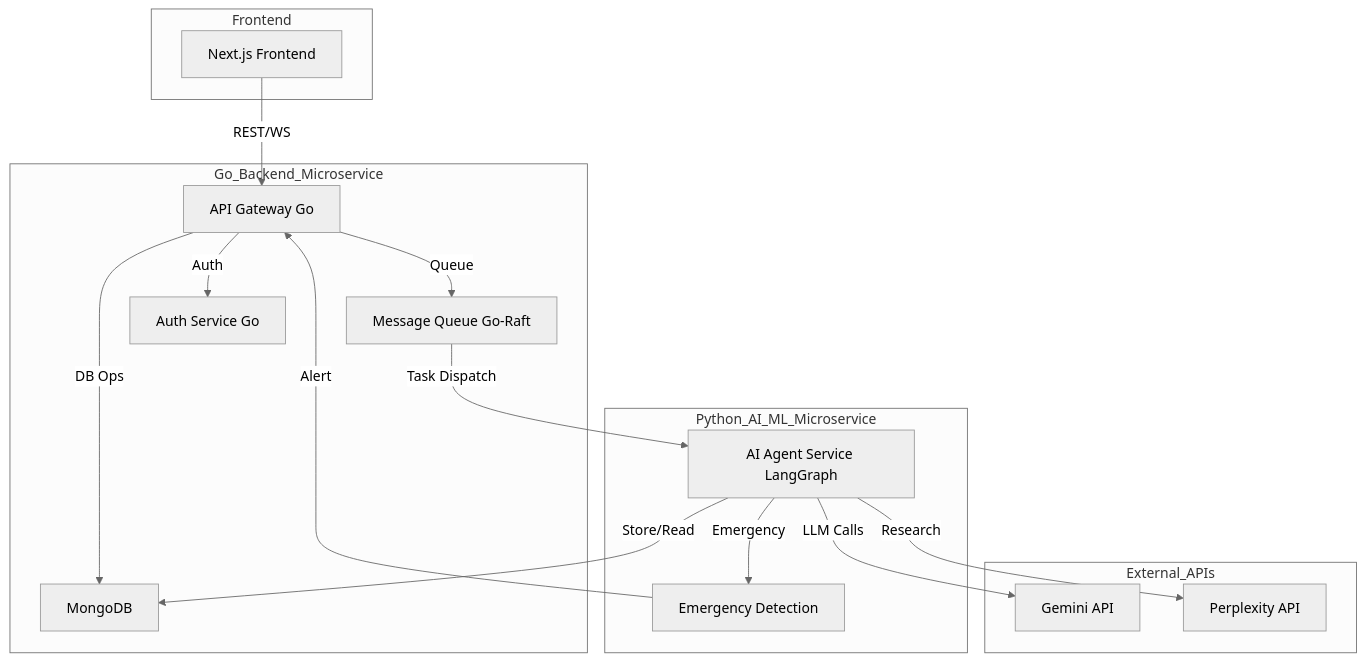
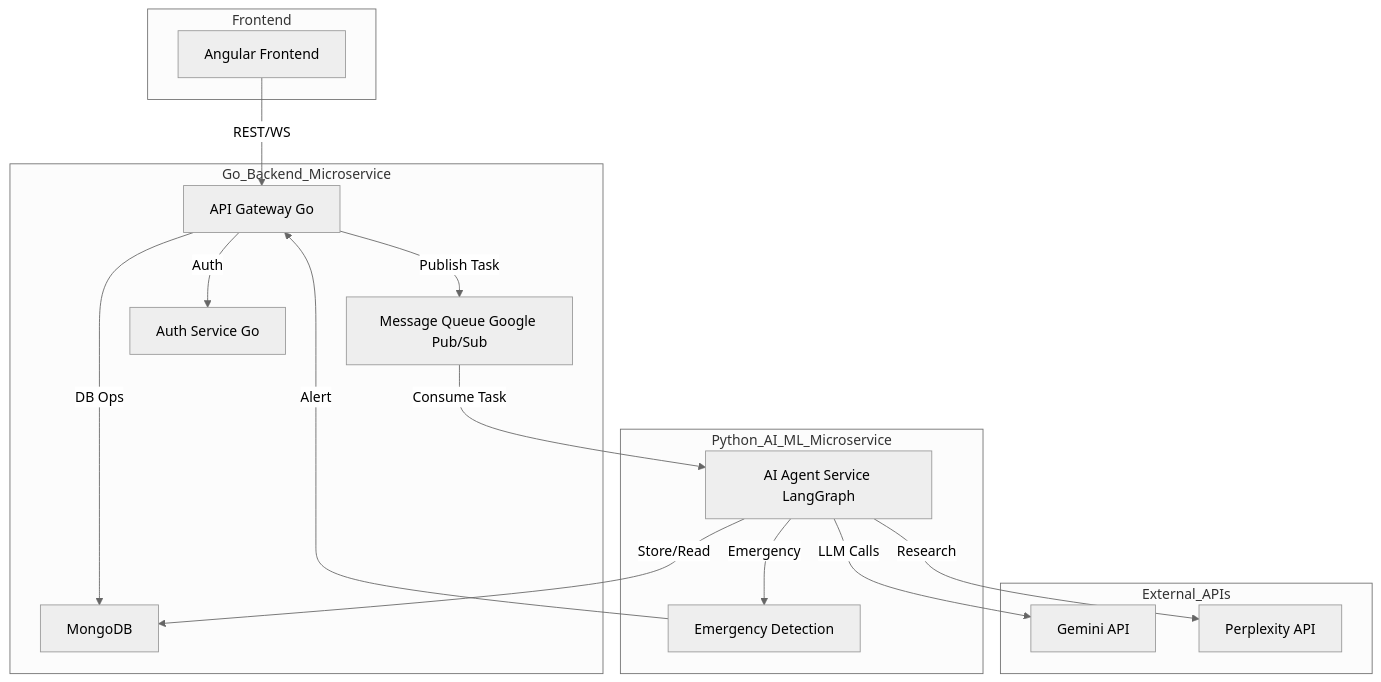
One commit to SakshamKapoor2911/MedInsight changed the diagram in README.md. Above: the diagram before and after it, drawn with Mermaid (neutral theme). The commit also changed other lines of this file and 1 other file, not shown here.

Commit message:
Updated Plan to move to NIM on GKE, substitute Raft for Google Pub/Sub and shifted to Angular for frontend

````diff
--- a/README.md
+++ b/README.md
@@ -40,41 +39,41 @@
 ```mermaid
 graph TB
-    A[Next.js Frontend]
+    A[Angular Frontend]
     B[API Gateway Go]
-    C[Message Queue Go-Raft]
+    C[Message Queue Google Pub/Sub]
     D[AI Agent Service LangGraph]
     E[MongoDB]
     F[Auth Service Go]
     H[Emergency Detection]
     I[Gemini API]
     J[Perplexity API]
 
     A --> |REST/WS| B
     B --> |Auth| F
     B --> |DB Ops| E
-    B --> |Queue| C
-    C --> |Task Dispatch| D
+    B --> |Publish Task| C
+    C --> |Consume Task| D
     D --> |LLM Calls| I
     D --> |Research| J
     D --> |Store/Read| E
     D --> |Emergency| H
     H --> |Alert| B
 
     subgraph Frontend
         A
     end
     subgraph Go_Backend_Microservice
         B
         C
         F
         E
     end
     subgraph Python_AI_ML_Microservice
         D
         H
     end
     subgraph External_APIs
         I
         J
     end
 ```
````
